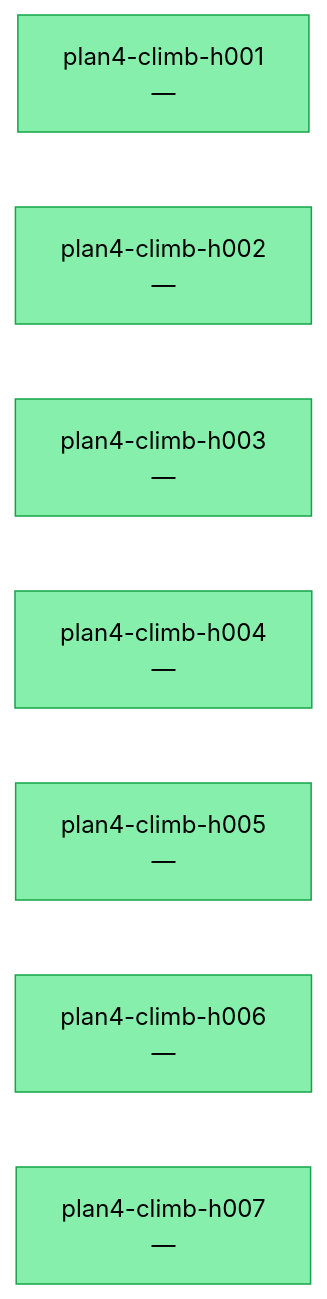
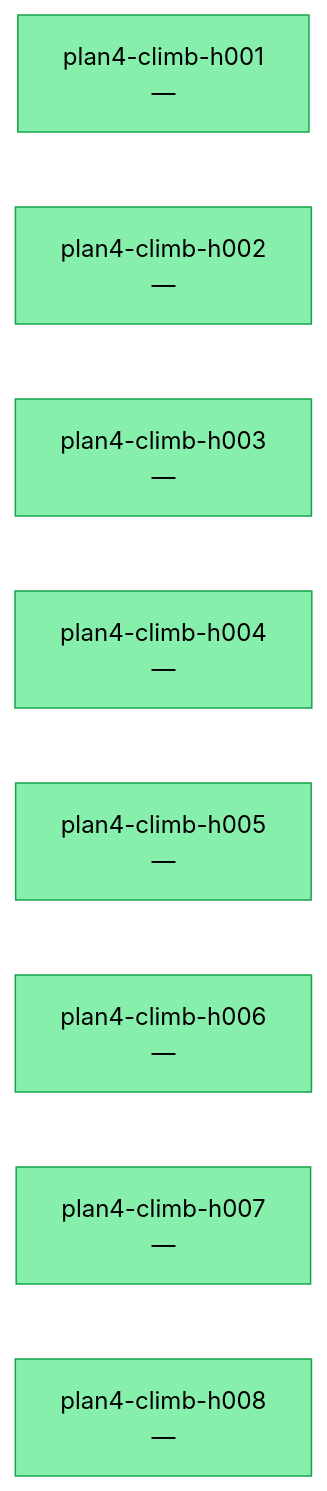
Before and after one commit to uukuguy/asterion: the diagram in docs/status/climb/research-tree.md, drawn with Mermaid. The commit also changed other lines of this file and 6 other files, not shown here.

````diff
--- a/docs/status/climb/research-tree.md
+++ b/docs/status/climb/research-tree.md
@@ -40,21 +37,23 @@
 ```mermaid
 graph LR
     classDef sota fill:#4ade80,stroke:#15803d,color:#000
     classDef confirmed fill:#86efac,stroke:#16a34a,color:#000
     classDef falsified fill:#fca5a5,stroke:#b91c1c,color:#000
     classDef pending fill:#fde68a,stroke:#a16207,color:#000
     plan4_climb_h001["plan4-climb-h001<br/>—"]
     class plan4_climb_h001 confirmed
     plan4_climb_h002["plan4-climb-h002<br/>—"]
     class plan4_climb_h002 confirmed
     plan4_climb_h003["plan4-climb-h003<br/>—"]
     class plan4_climb_h003 confirmed
     plan4_climb_h004["plan4-climb-h004<br/>—"]
     class plan4_climb_h004 confirmed
     plan4_climb_h005["plan4-climb-h005<br/>—"]
     class plan4_climb_h005 confirmed
     plan4_climb_h006["plan4-climb-h006<br/>—"]
     class plan4_climb_h006 confirmed
     plan4_climb_h007["plan4-climb-h007<br/>—"]
     class plan4_climb_h007 confirmed
+    plan4_climb_h008["plan4-climb-h008<br/>—"]
+    class plan4_climb_h008 confirmed
 ```
````
